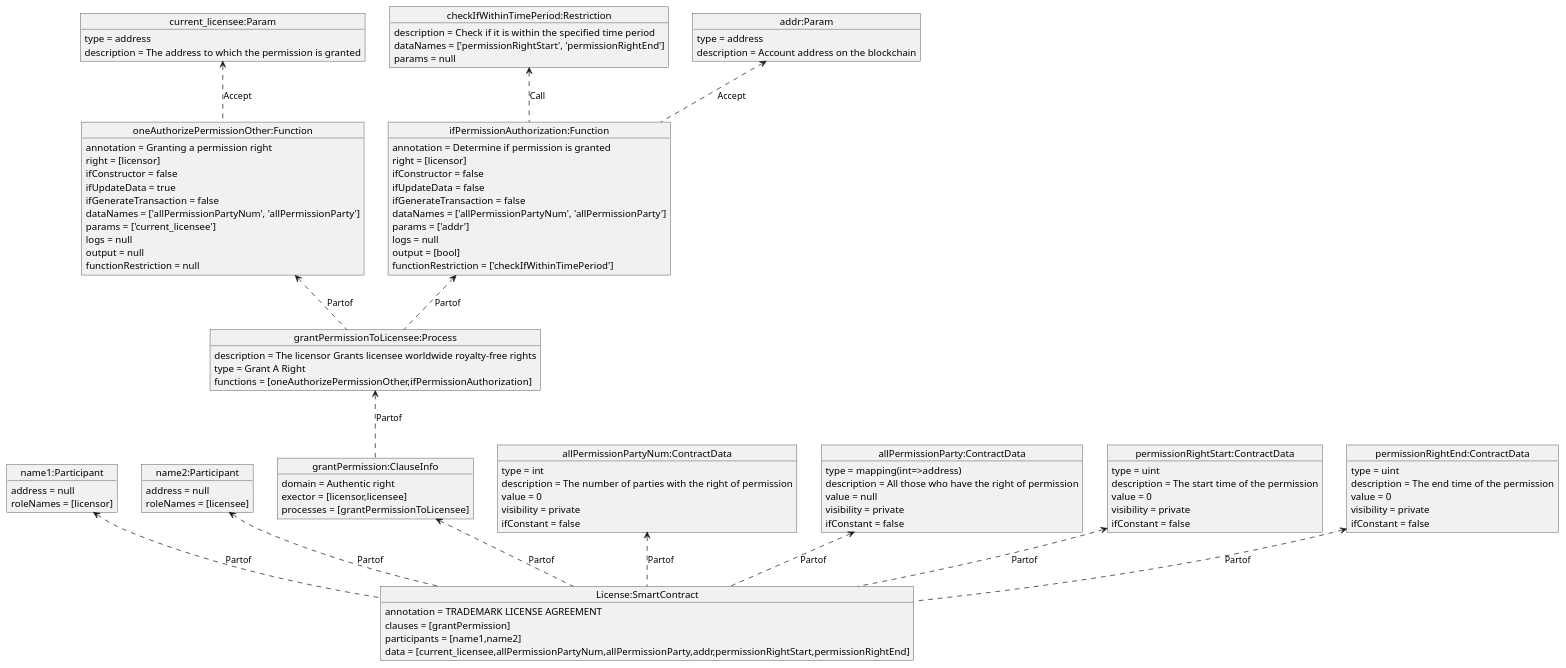
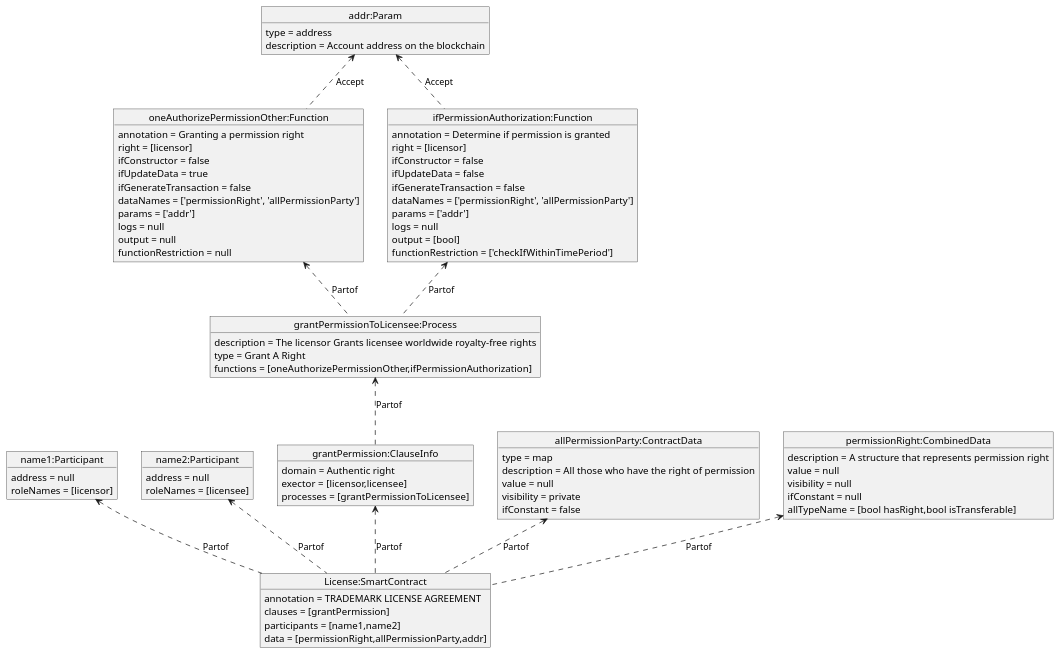
The diagram in plantUML_dia/a_result.puml (HIT-LWY/sc_MDA_code), drawn with PlantUML before and after one commit. The commit also changed 5 other files, not shown here.

```diff
--- a/plantUML_dia/a_result.puml
+++ b/plantUML_dia/a_result.puml
@@ -1,90 +1,68 @@
 @startuml
 object "License:SmartContract" as License
 License : annotation = TRADEMARK LICENSE AGREEMENT
 License : clauses = [grantPermission]
 License : participants = [name1,name2]
-License : data = [current_licensee,allPermissionPartyNum,allPermissionParty,addr,permissionRightStart,permissionRightEnd]
+License : data = [permissionRight,allPermissionParty,addr]
 object "name1:Participant" as name1
 name1 : address = null
 name1 : roleNames = [licensor]
 object "name2:Participant" as name2
 name2 : address = null
 name2 : roleNames = [licensee]
 object "grantPermission:ClauseInfo" as grantPermission
 grantPermission : domain = Authentic right
 grantPermission : exector = [licensor,licensee]
 grantPermission : processes = [grantPermissionToLicensee]
 object "grantPermissionToLicensee:Process" as grantPermissionToLicensee
 grantPermissionToLicensee : description = The licensor Grants licensee worldwide royalty-free rights
 grantPermissionToLicensee : type = Grant A Right
 grantPermissionToLicensee : functions = [oneAuthorizePermissionOther,ifPermissionAuthorization]
 object "oneAuthorizePermissionOther:Function" as oneAuthorizePermissionOther
 oneAuthorizePermissionOther : annotation = Granting a permission right
 oneAuthorizePermissionOther : right = [licensor]
 oneAuthorizePermissionOther : ifConstructor = false
 oneAuthorizePermissionOther : ifUpdateData = true
 oneAuthorizePermissionOther : ifGenerateTransaction = false
-oneAuthorizePermissionOther : dataNames = ['allPermissionPartyNum', 'allPermissionParty']
-oneAuthorizePermissionOther : params = ['current_licensee']
+oneAuthorizePermissionOther : dataNames = ['permissionRight', 'allPermissionParty']
+oneAuthorizePermissionOther : params = ['addr']
 oneAuthorizePermissionOther : logs = null
 oneAuthorizePermissionOther : output = null
 oneAuthorizePermissionOther : functionRestriction = null
 object "ifPermissionAuthorization:Function" as ifPermissionAuthorization
 ifPermissionAuthorization : annotation = Determine if permission is granted
 ifPermissionAuthorization : right = [licensor]
 ifPermissionAuthorization : ifConstructor = false
 ifPermissionAuthorization : ifUpdateData = false
 ifPermissionAuthorization : ifGenerateTransaction = false
-ifPermissionAuthorization : dataNames = ['allPermissionPartyNum', 'allPermissionParty']
+ifPermissionAuthorization : dataNames = ['permissionRight', 'allPermissionParty']
 ifPermissionAuthorization : params = ['addr']
 ifPermissionAuthorization : logs = null
 ifPermissionAuthorization : output = [bool]
 ifPermissionAuthorization : functionRestriction = ['checkIfWithinTimePeriod']
-object "checkIfWithinTimePeriod:Restriction" as checkIfWithinTimePeriod
-checkIfWithinTimePeriod : description = Check if it is within the specified time period
-checkIfWithinTimePeriod : dataNames = ['permissionRightStart', 'permissionRightEnd']
-checkIfWithinTimePeriod : params = null
-object "allPermissionPartyNum:ContractData" as allPermissionPartyNum
-allPermissionPartyNum : type = int
-allPermissionPartyNum : description = The number of parties with the right of permission
-allPermissionPartyNum : value = 0
-allPermissionPartyNum : visibility = private
-allPermissionPartyNum : ifConstant = false
 object "allPermissionParty:ContractData" as allPermissionParty
-allPermissionParty : type = mapping(int=>address)
+allPermissionParty : type = map
 allPermissionParty : description = All those who have the right of permission
 allPermissionParty : value = null
 allPermissionParty : visibility = private
 allPermissionParty : ifConstant = false
-object "permissionRightStart:ContractData" as permissionRightStart
-permissionRightStart : type = uint
-permissionRightStart : description = The start time of the permission
-permissionRightStart : value = 0
-permissionRightStart : visibility = private
-permissionRightStart : ifConstant = false
-object "permissionRightEnd:ContractData" as permissionRightEnd
-permissionRightEnd : type = uint
-permissionRightEnd : description = The end time of the permission
-permissionRightEnd : value = 0
-permissionRightEnd : visibility = private
-permissionRightEnd : ifConstant = false
+object "permissionRight:CombinedData" as permissionRight
+permissionRight : description = A structure that represents permission right
+permissionRight : value = null
+permissionRight : visibility = null
+permissionRight : ifConstant = null
+permissionRight : allTypeName = [bool hasRight,bool isTransferable]
 object "addr:Param" as addr
 addr : type = address
 addr : description = Account address on the blockchain
-object "current_licensee:Param" as current_licensee
-current_licensee : type = address
-current_licensee : description = The address to which the permission is granted
 name1<.. License: Partof
 name2<.. License: Partof
 grantPermission<.. License: Partof
 grantPermissionToLicensee<.. grantPermission: Partof
 oneAuthorizePermissionOther<.. grantPermissionToLicensee: Partof
 ifPermissionAuthorization<.. grantPermissionToLicensee: Partof
-checkIfWithinTimePeriod<.. ifPermissionAuthorization: Call
-allPermissionPartyNum<.. License: Partof
+permissionRight<.. License: Partof
 allPermissionParty<.. License: Partof
-permissionRightStart<.. License: Partof
-permissionRightEnd<.. License: Partof
-current_licensee<..oneAuthorizePermissionOther: Accept
+addr<..oneAuthorizePermissionOther: Accept
 addr<..ifPermissionAuthorization: Accept
 @enduml
```
